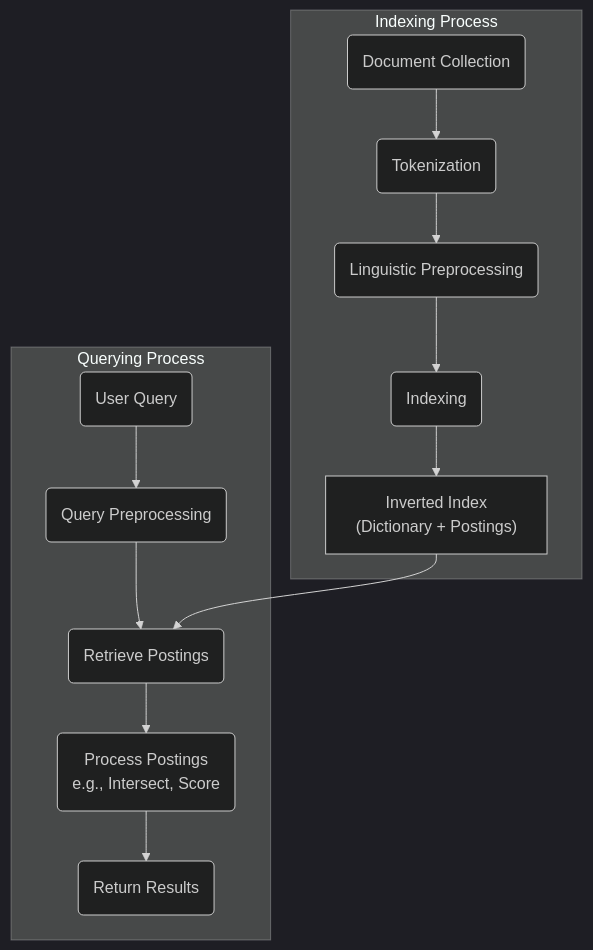
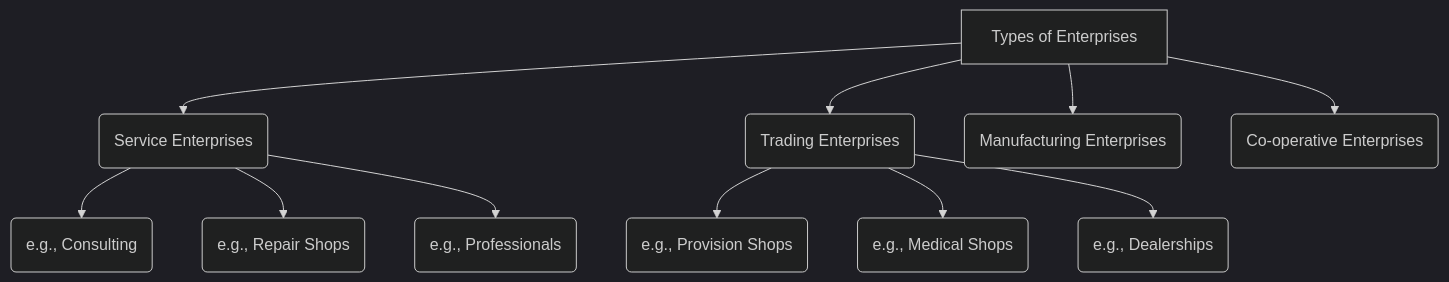
The diagram in Expr.md (Shashi1024/Sample), drawn with Mermaid (dark theme) before and after one commit. The commit also changed other lines of this file, not shown here.

````diff
--- a/Expr.md
+++ b/Expr.md
@@ -99,17 +75,15 @@
 ```mermaid
 graph TD
-    subgraph Indexing Process
-        A(Document Collection) --> B(Tokenization);
-        B --> C(Linguistic Preprocessing);
-        C --> D(Indexing);
-        D --> E["Inverted Index \n(Dictionary + Postings)"];
-    end
+    A[Types of Enterprises] --> B(Service Enterprises);
+    A --> C(Trading Enterprises);
+    A --> D(Manufacturing Enterprises);
+    A --> E(Co-operative Enterprises);
 
-    subgraph Querying Process
-        F(User Query) --> G(Query Preprocessing);
-        G --> H(Retrieve Postings);
-        E --> H;
-        H --> I(Process Postings \n e.g., Intersect, Score);
-        I --> J(Return Results);
-    end
+    B --> B1(e.g., Consulting);
+    B --> B2(e.g., Repair Shops);
+    B --> B3(e.g., Professionals);
+
+    C --> C1(e.g., Provision Shops);
+    C --> C2(e.g., Medical Shops);
+    C --> C3(e.g., Dealerships);
 ```
````
